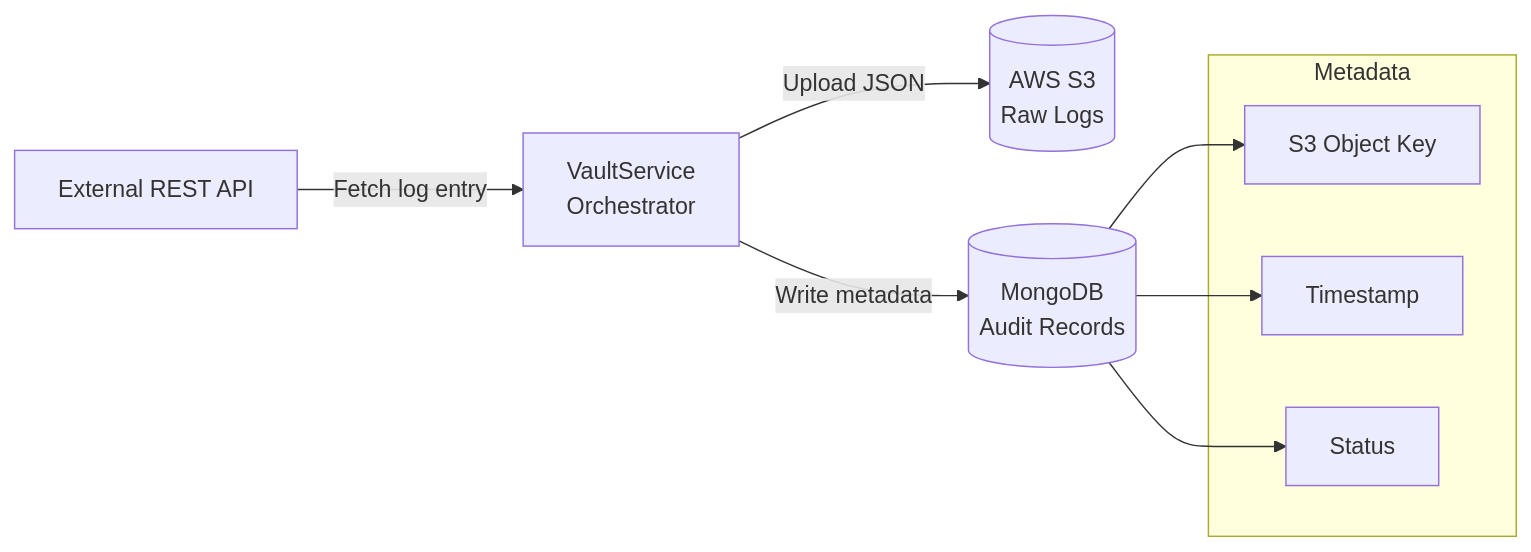
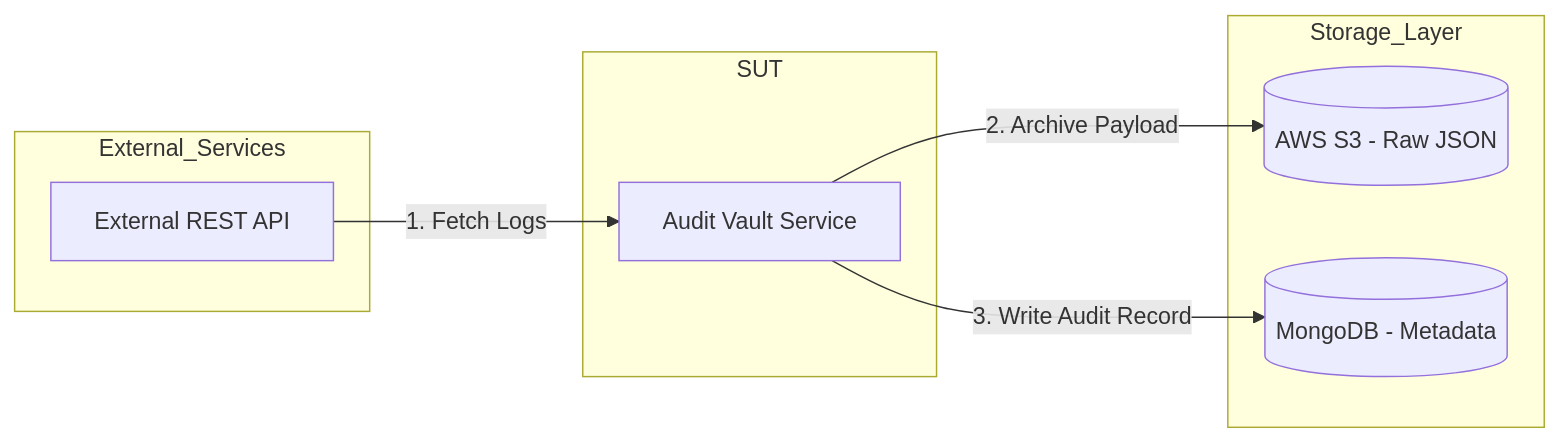
Before and after one commit to erezn5/automation-lead-ha: the diagram in README.md, drawn with Mermaid.

````diff
--- a/README.md
+++ b/README.md
@@ -58,21 +58,19 @@
 ```mermaid
-flowchart LR
-    API[External REST API]
-    VS[VaultService<br/>Orchestrator]
-    S3[(AWS S3<br/>Raw Logs)]
-    DB[(MongoDB<br/>Audit Records)]
-
-    API -->|Fetch log entry| VS
-    VS -->|Upload JSON| S3
-    VS -->|Write metadata| DB
-
-    subgraph Metadata
-        KEY[S3 Object Key]
-        TS[Timestamp]
-        STATUS[Status]
+graph LR
+    subgraph External_Services
+        API[External REST API]
     end
 
-    DB --> KEY
-    DB --> TS
-    DB --> STATUS
+    subgraph System_Under_Test [SUT]
+        Service[Audit Vault Service]
+    end
+
+    subgraph Storage_Layer
+        S3[(AWS S3 - Raw JSON)]
+        DB[(MongoDB - Metadata)]
+    end
+
+    API -- 1. Fetch Logs --> Service
+    Service -- 2. Archive Payload --> S3
+    Service -- 3. Write Audit Record --> DB
 ```
````
